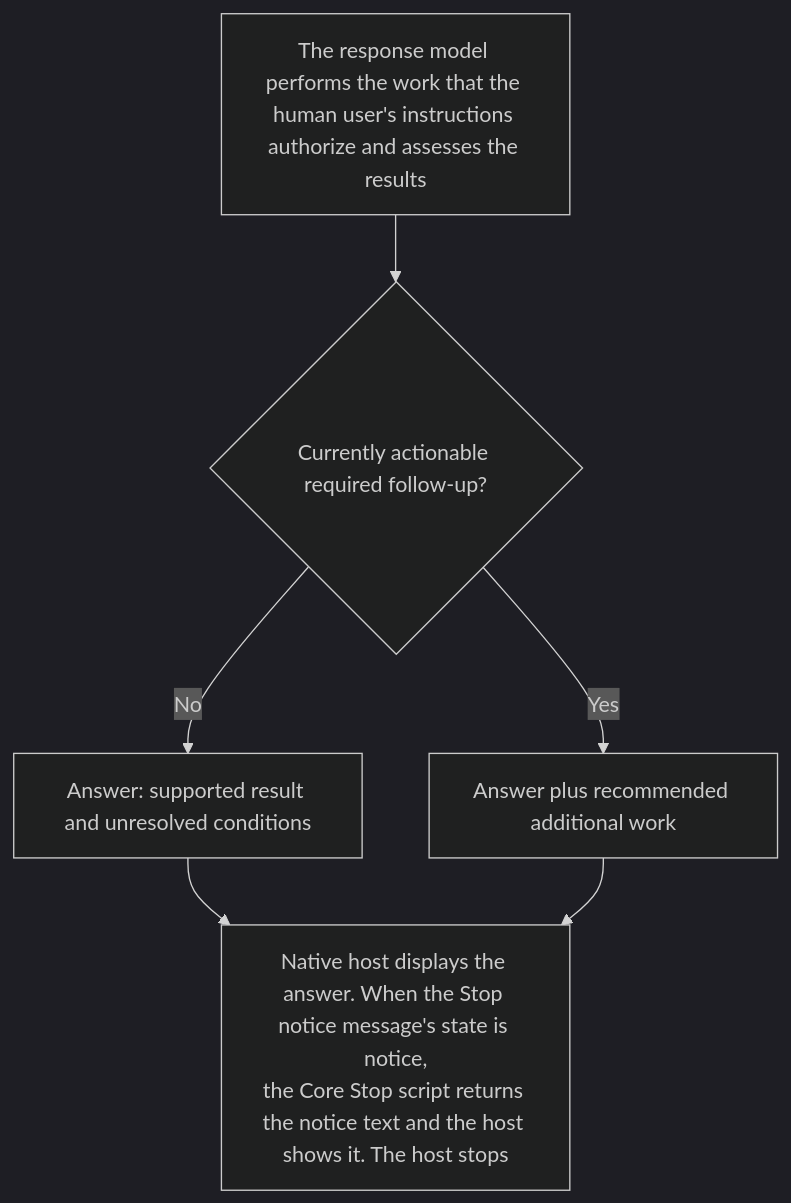
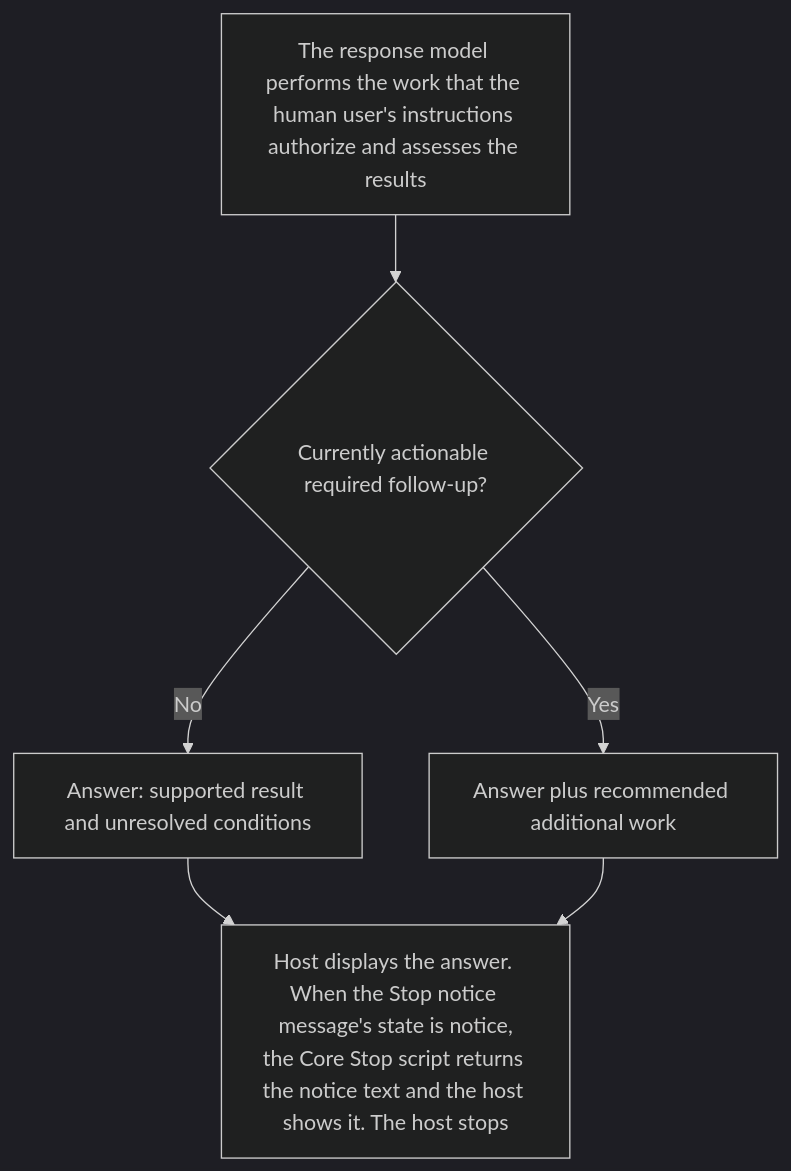
One commit to AidALL/ghost-alice changed the fifth of 7 diagrams in architecture.md. Above: the diagram before and after it, drawn with Mermaid (dark theme). The commit also changed other lines of this file and 69 other files, not shown here.

````diff
--- a/architecture.md
+++ b/architecture.md
@@ -168,8 +168,8 @@
 ```mermaid
 flowchart TD
   R["The response model performs the work that the human user's instructions authorize and assesses the results"] --> N{"Currently actionable required follow-up?"}
   N -->|No| A["Answer: supported result and unresolved conditions"]
   N -->|Yes| B["Answer plus recommended additional work"]
-  A --> D["Native host displays the answer. When the Stop notice message's state is notice,<br/>the Core Stop script returns the notice text and the host shows it. The host stops"]
+  A --> D["Host displays the answer. When the Stop notice message's state is notice,<br/>the Core Stop script returns the notice text and the host shows it. The host stops"]
   B --> D
 ```
````
